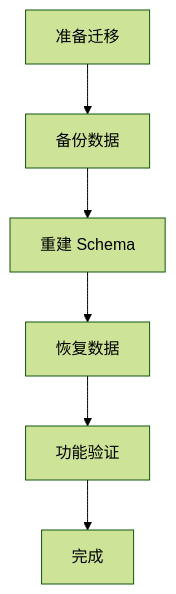
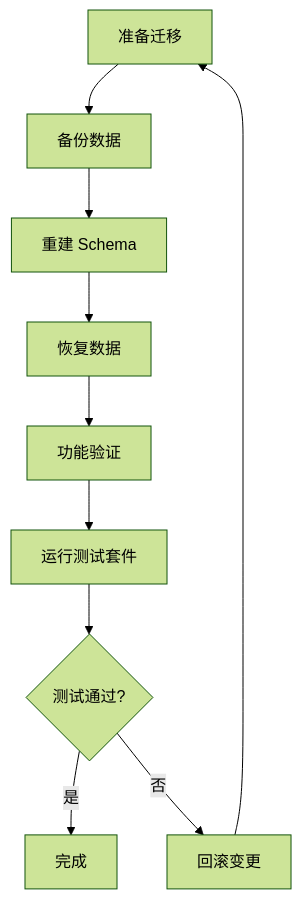
One commit to gujialind/InvestRing changed the ninth of 9 diagrams in .qoder/repowiki/zh/content/故障排除与维护/故障排除与维护.md. Above: the diagram before and after it, drawn with Mermaid (forest theme). The commit also changed other lines of this file and 15 other files, not shown here.

````diff
--- a/.qoder/repowiki/zh/content/故障排除与维护/故障排除与维护.md
+++ b/.qoder/repowiki/zh/content/故障排除与维护/故障排除与维护.md
@@ -359,8 +464,12 @@
 ```mermaid
 flowchart TD
 Prep["准备迁移"] --> Backup["备份数据"]
 Backup --> Recreate["重建 Schema"]
 Recreate --> Restore["恢复数据"]
 Restore --> Verify["功能验证"]
-Verify --> Done["完成"]
+Verify --> TestSuite["运行测试套件"]
+TestSuite --> Success{"测试通过?"}
+Success --> |是| Done["完成"]
+Success --> |否| Rollback["回滚变更"]
+Rollback --> Prep
 ```
````
